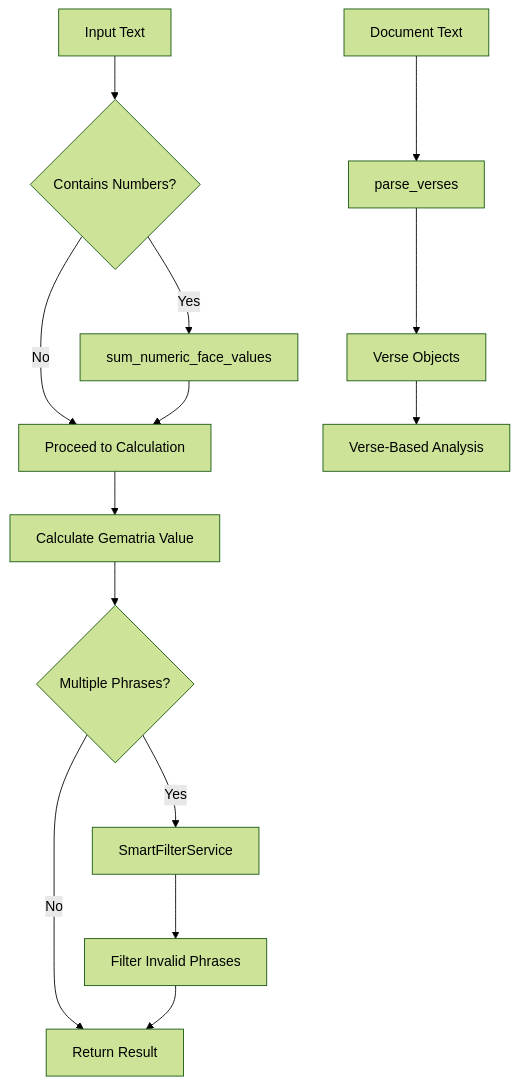
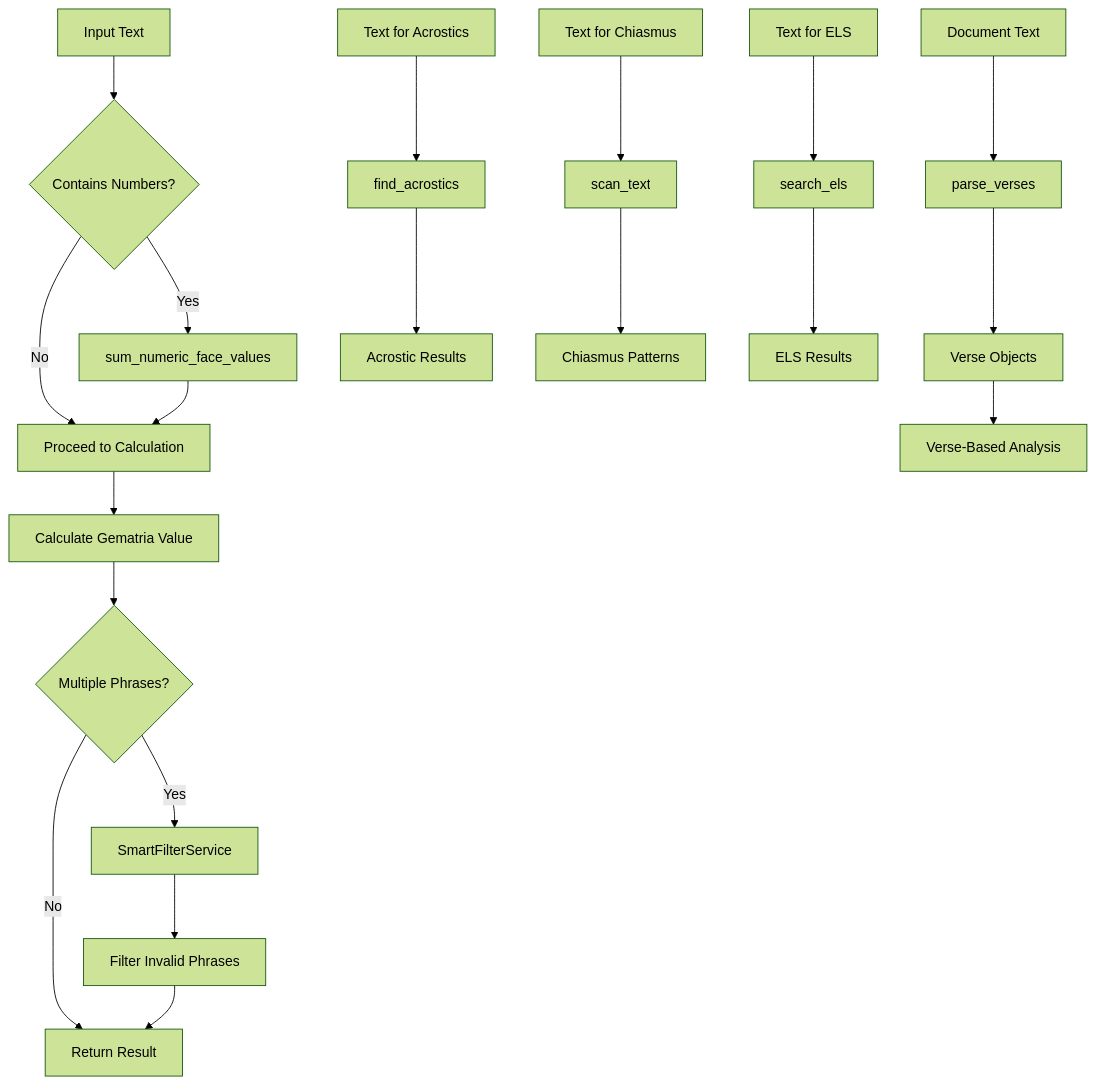
The seventh of 8 diagrams in .qoder/repowiki/en/content/Architecture Overview/Pillar-Based Architecture/Gematria Pillar/Gematria Pillar.md (TheDaniel166/IsopGem), drawn with Mermaid (forest theme) before and after one commit. The commit also changed other lines of this file and 29 other files, not shown here.

````diff
--- a/.qoder/repowiki/en/content/Architecture Overview/Pillar-Based Architecture/Gematria Pillar/Gematria Pillar.md
+++ b/.qoder/repowiki/en/content/Architecture Overview/Pillar-Based Architecture/Gematria Pillar/Gematria Pillar.md
@@ -386,16 +567,22 @@
 ```mermaid
 flowchart TD
 A[Input Text] --> B{Contains Numbers?}
 B --> |Yes| C[sum_numeric_face_values]
 B --> |No| D[Proceed to Calculation]
 C --> D
 D --> E[Calculate Gematria Value]
 E --> F{Multiple Phrases?}
 F --> |Yes| G[SmartFilterService]
 F --> |No| H[Return Result]
 G --> I[Filter Invalid Phrases]
 I --> H
 J[Document Text] --> K[parse_verses]
 K --> L[Verse Objects]
 L --> M[Verse-Based Analysis]
+N[Text for Acrostics] --> O[find_acrostics]
+O --> P[Acrostic Results]
+Q[Text for Chiasmus] --> R[scan_text]
+R --> S[Chiasmus Patterns]
+T[Text for ELS] --> U[search_els]
+U --> V[ELS Results]
 ```
````
